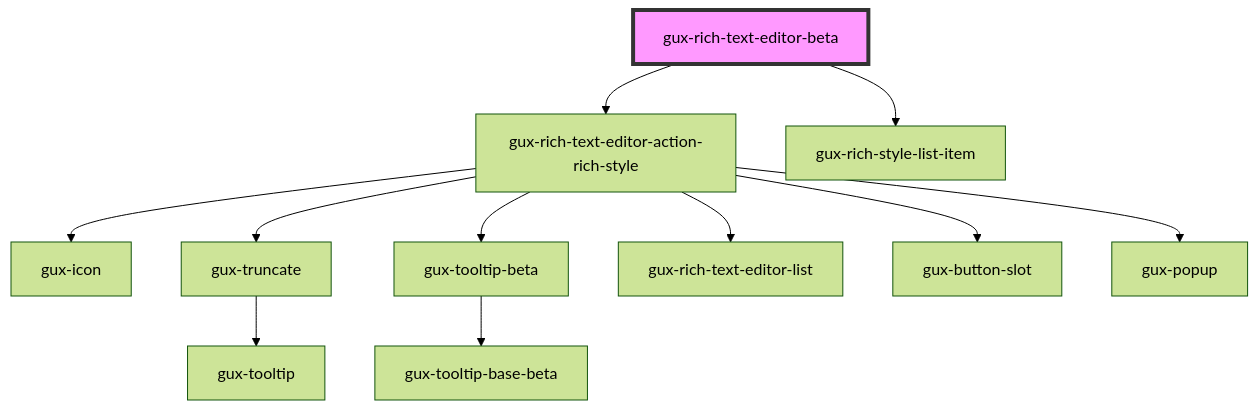
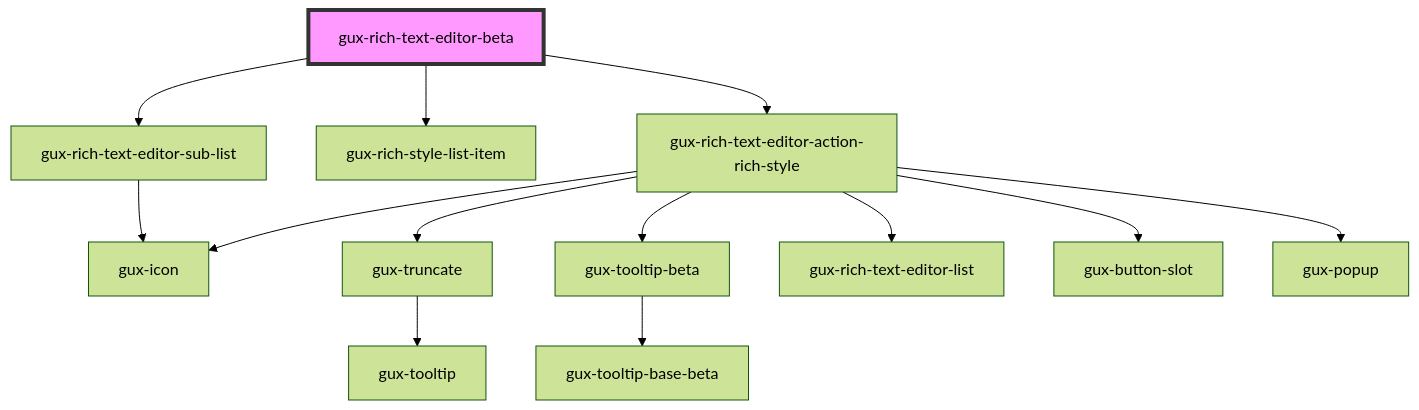
The diagram in packages/genesys-spark-components/src/components/beta/gux-rich-text-editor/readme.md (NFodrea/genesys-spark), drawn with Mermaid (forest theme) before and after one commit. The commit also changed other lines of this file and 9 other files, not shown here.

First line of the commit message:
perf(rich-text-editor-beta): work in progress responsive design

````diff
--- a/packages/genesys-spark-components/src/components/beta/gux-rich-text-editor/readme.md
+++ b/packages/genesys-spark-components/src/components/beta/gux-rich-text-editor/readme.md
@@ -35,14 +36,16 @@
 ```mermaid
 graph TD;
   gux-rich-text-editor-beta --> gux-rich-text-editor-action-rich-style
   gux-rich-text-editor-beta --> gux-rich-style-list-item
+  gux-rich-text-editor-beta --> gux-rich-text-editor-sub-list
   gux-rich-text-editor-action-rich-style --> gux-icon
   gux-rich-text-editor-action-rich-style --> gux-truncate
   gux-rich-text-editor-action-rich-style --> gux-tooltip-beta
   gux-rich-text-editor-action-rich-style --> gux-rich-text-editor-list
   gux-rich-text-editor-action-rich-style --> gux-button-slot
   gux-rich-text-editor-action-rich-style --> gux-popup
   gux-truncate --> gux-tooltip
   gux-tooltip-beta --> gux-tooltip-base-beta
+  gux-rich-text-editor-sub-list --> gux-icon
   style gux-rich-text-editor-beta fill:#f9f,stroke:#333,stroke-width:4px
 ```
````
